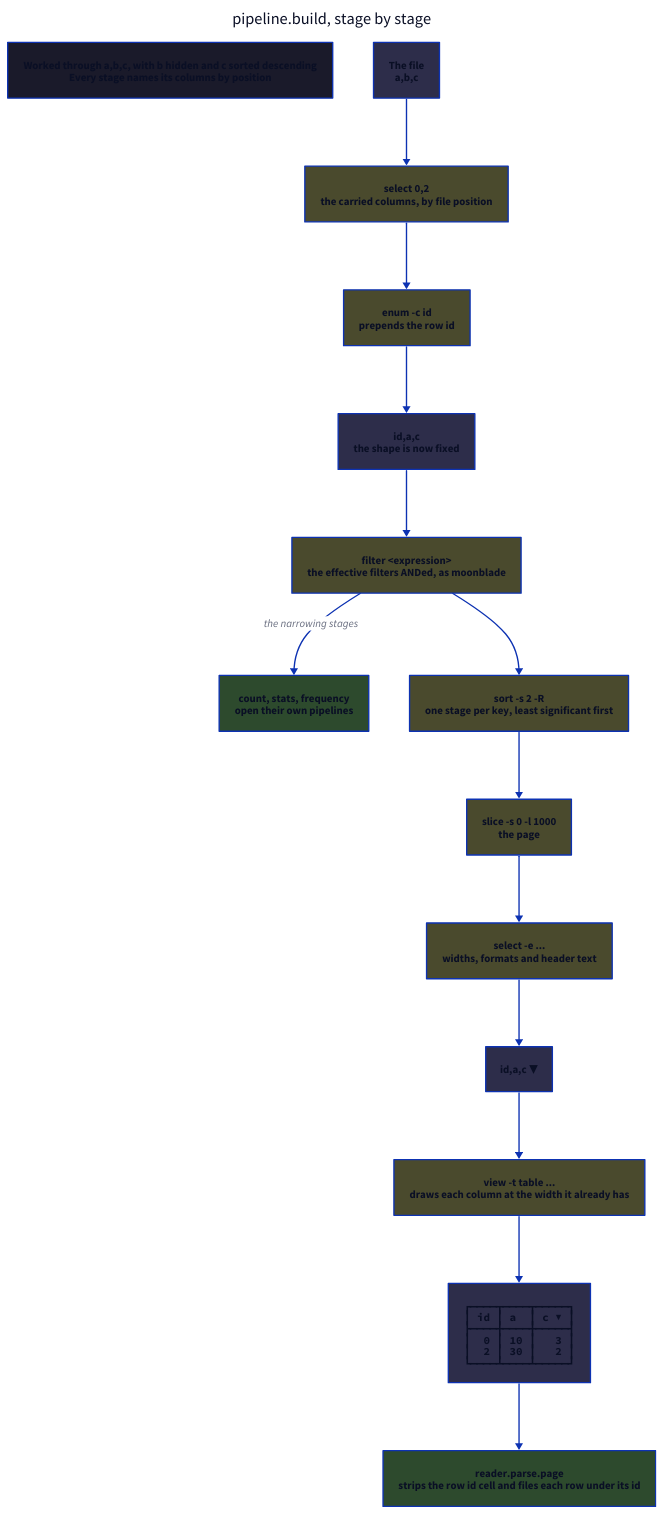
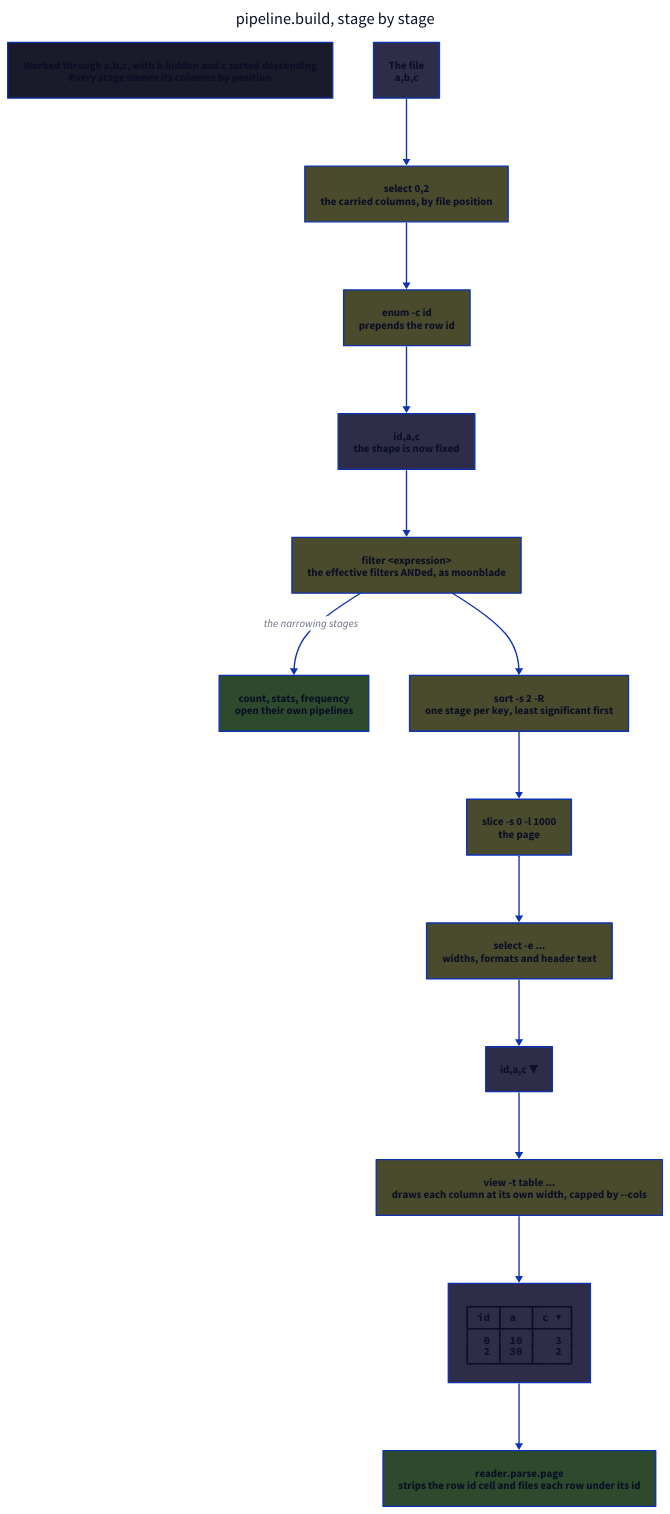
One commit to cseickel/csv-table.nvim changed the diagram in docs/05-pipeline.d2. Above: the diagram before and after it, drawn with D2. The commit also changed 3 other files, not shown here.

```diff
--- a/docs/05-pipeline.d2
+++ b/docs/05-pipeline.d2
@@ -1,49 +1,49 @@
 direction: down
 
 title: pipeline.build, stage by stage {
   near: top-center
   shape: text
   style.font-size: 24
 }
 
 example: "Worked through a,b,c, with b hidden and c sorted descending\nEvery stage names its columns by position" {style.fill: "#1a1a2a"}
 
 classes: {
   stage: {style.fill: "#4a4a2d"}
   shape_after: {style.fill: "#2d2d4a"}
   post: {style.fill: "#2d4a2d"}
 }
 
 source: "The file\na,b,c" {class: shape_after}
 select: "select 0,2\nthe carried columns, by file position" {class: stage}
 enum: "enum -c id\nprepends the row id" {class: stage}
 fixed: "id,a,c\nthe shape is now fixed" {class: shape_after}
 filter: "filter <expression>\nthe effective filters ANDed, as moonblade" {class: stage}
 narrowing: "count, stats, frequency\nopen their own pipelines" {class: post}
 sort: "sort -s 2 -R\none stage per key, least significant first" {class: stage}
 slice: "slice -s 0 -l 1000\nthe page" {class: stage}
 display: "select -e ...\nwidths, formats and header text" {class: stage}
 after_display: "id,a,c ▼" {class: shape_after}
-view: "view -t table ...\ndraws each column at the width it already has" {class: stage}
+view: "view -t table ...\ndraws each column at its own width, capped by --cols" {class: stage}
 
 # Padded with U+00A0. d2 writes no xml:space, so SVG collapses a run of ordinary
 # spaces and the cells come out narrower than the borders above them.
 drawn: "┌────┬────┬─────┐\n│ id │ a  │ c ▼ │\n├────┼────┼─────┤\n│  0 │ 10 │   3 │\n│  2 │ 30 │   2 │\n└────┴────┴─────┘" {
   class: shape_after
   style.font: mono
 }
 
 parse: "reader.parse.page\nstrips the row id cell and files each row under its id" {class: post}
 
 source -> select
 select -> enum
 enum -> fixed
 fixed -> filter
 filter -> sort
 sort -> slice
 slice -> display
 display -> after_display
 after_display -> view
 view -> drawn
 drawn -> parse
 filter -> narrowing: the narrowing stages
```
